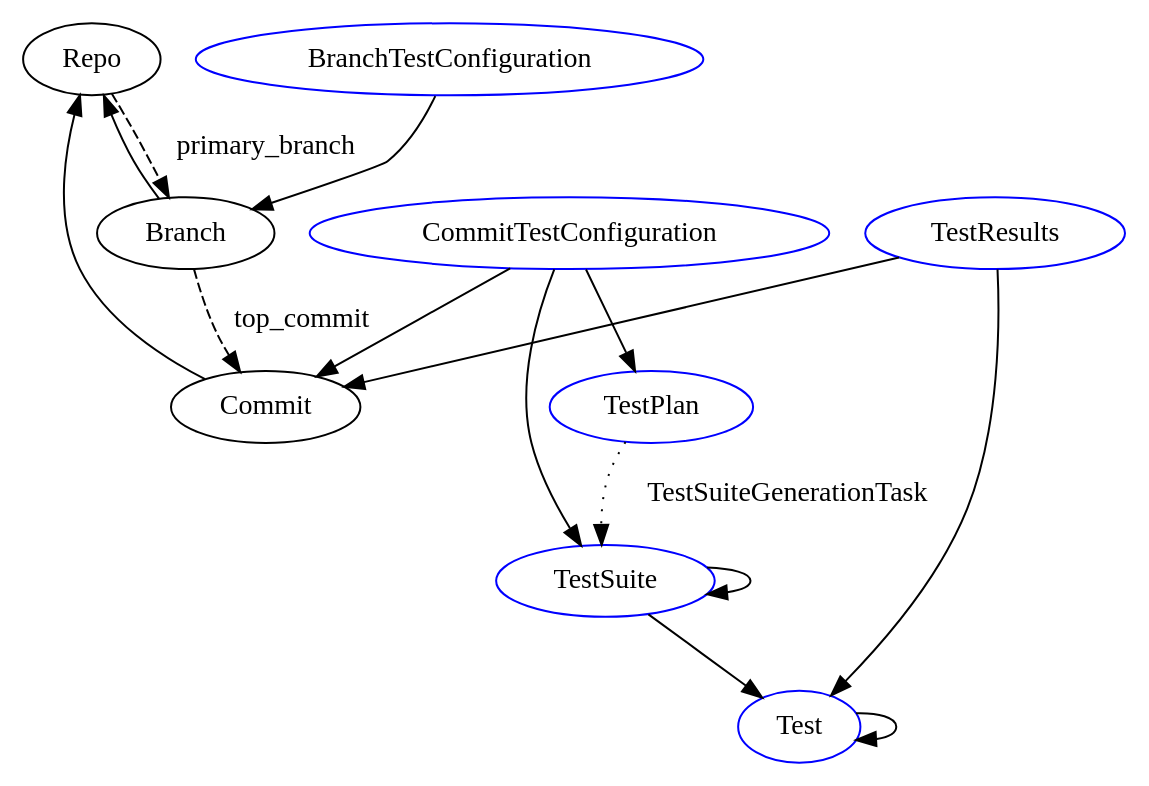
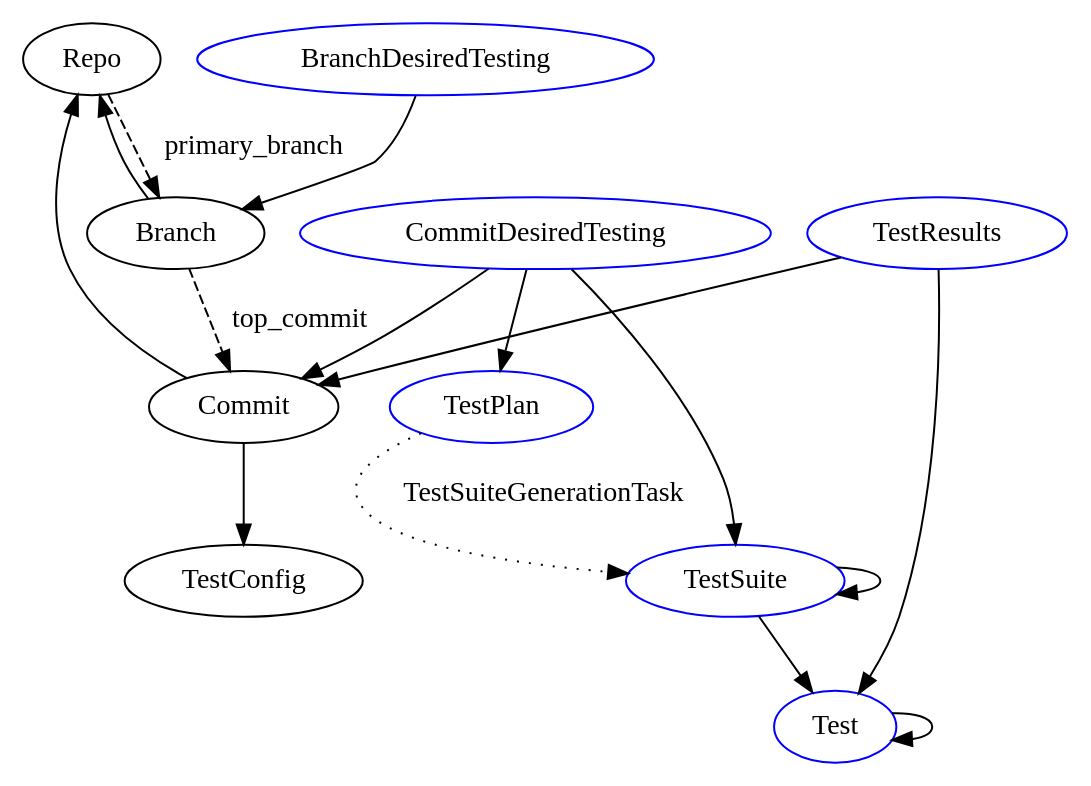
The diagram in docs/specs/schema.gv (APrioriInvestments/test-looper), drawn with Graphviz before and after one commit. The commit also changed 3 other files, not shown here.

Commit message:
Added repo_schema.TestConfig and renamed TestingConfig

```diff
--- a/docs/specs/schema.gv
+++ b/docs/specs/schema.gv
@@ -1,69 +1,70 @@
 digraph G {
 	graph [layout=dot rankdir=TB]
 
 // This is just an example for you to use as a template.
 // Edit as you like. Whenever you save a legal graph
 // the layout in the graphviz window will be updated.
 
     // Repo Schema ODB Types
     node [color=black, shape=oval]
 	Repo
 
     Branch
     Commit
-    Commit
+    TestConfig
 
     // node [color=black, shape=box]
     // RepoConfig
 
     // Repo Schema Edges
 	//Repo -> RepoConfig
 
     Branch -> Repo
     Repo -> Branch [label=primary_branch style=dashed]
 
     Commit -> Repo
+    Commit -> TestConfig
     Branch -> Commit [label=top_commit style=dashed]
 
     // Test Schema ODB Types
     node [color=blue, shape=oval]
-    BranchTestConfiguration
-    CommitTestConfiguration
+    BranchDesiredTesting
+    CommitDesiredTesting
     TestPlan
     TestSuite
     Test
 
     TestResults
 
     // Test Schema Auxiliary Types
     // node [color=blue, shape=box]
     // TestFilter
     // TestConfiguration
     // Outcome
     // StageResult
     // TestRunResult
 
     // Test Schema Edges
     //TestConfiguration -> TestFilter
-    BranchTestConfiguration -> Branch
-    //BranchTestConfiguration -> TestConfiguration
+    BranchDesiredTesting -> Branch
+    //BranchDesiredTesting -> TestConfiguration
 
-    CommitTestConfiguration -> Commit
-    CommitTestConfiguration -> TestPlan
-    CommitTestConfiguration -> TestSuite
-    //CommitTestConfiguration -> TestConfiguration
+    CommitDesiredTesting -> Commit
+    CommitDesiredTesting -> TestPlan
+    CommitDesiredTesting -> TestSuite
+    //CommitDesiredTesting -> TestConfiguration
 
     TestSuite -> TestSuite
     TestSuite -> Test
 
     Test -> Test
 
     TestResults -> Test
     TestResults -> Commit
     //TestResults -> TestRunResult
 
     //TestRunResult -> Outcome
     //TestRunResult -> StageResult -> Outcome
 
    TestPlan -> TestSuite [label=TestSuiteGenerationTask, style=dotted]
 }
```
